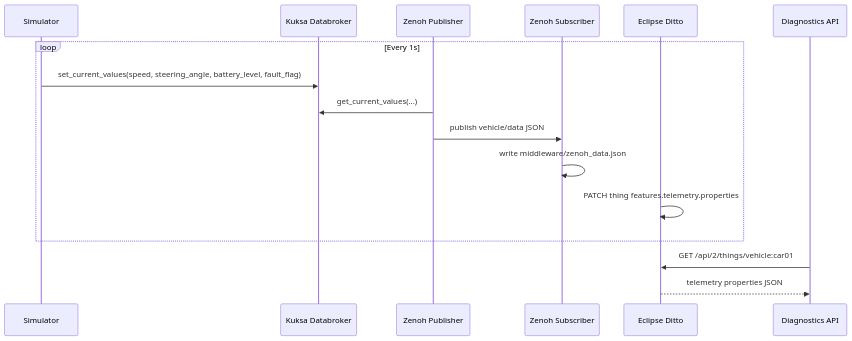
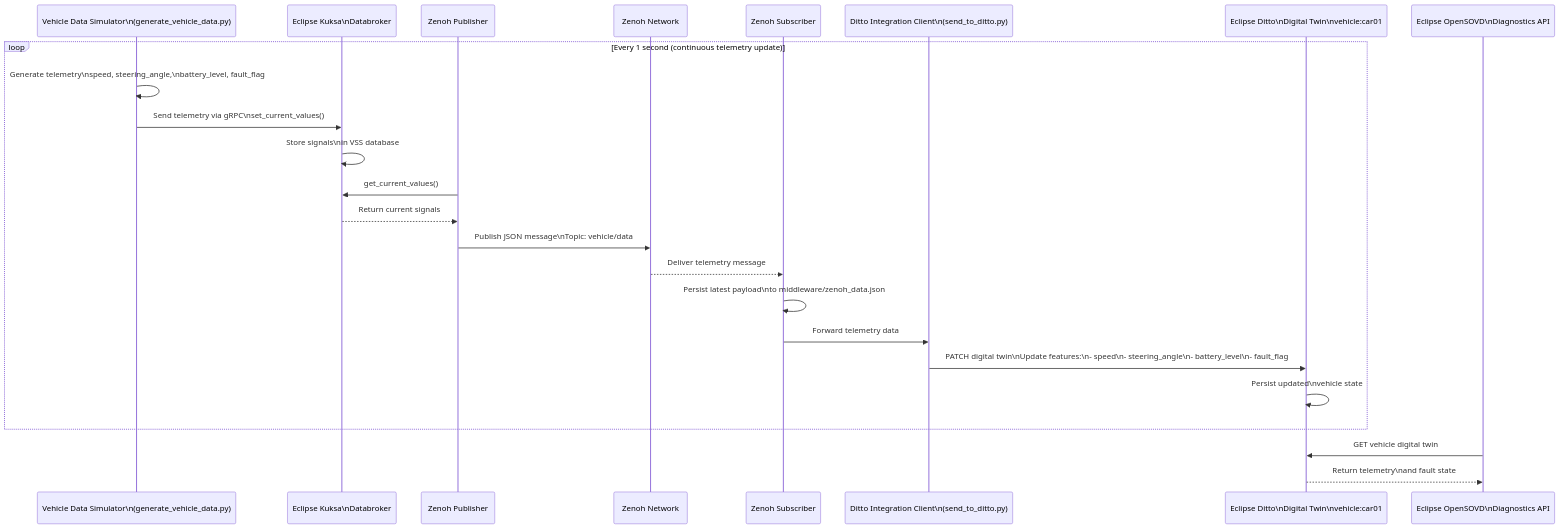
Before and after one commit to aliza-rizwan/sdv-pipeline: the second of 2 diagrams in README.md, drawn with Mermaid. The commit also changed other lines of this file, not shown here.

````diff
--- a/README.md
+++ b/README.md
@@ -49,20 +81,28 @@
 ```mermaid
 sequenceDiagram
-	participant Sim as Simulator
-	participant Kuksa as Kuksa Databroker
+	participant Sim as Vehicle Data Simulator\n(generate_vehicle_data.py)
+	participant Kuksa as Eclipse Kuksa\nDatabroker
 	participant Pub as Zenoh Publisher
+	participant Net as Zenoh Network
 	participant Sub as Zenoh Subscriber
-	participant Ditto as Eclipse Ditto
-	participant API as Diagnostics API
+	participant Client as Ditto Integration Client\n(send_to_ditto.py)
+	participant Twin as Eclipse Ditto\nDigital Twin\nvehicle:car01
+	participant API as Eclipse OpenSOVD\nDiagnostics API
 
-	loop Every 1s
-		Sim->>Kuksa: set_current_values(speed, steering_angle, battery_level, fault_flag)
-		Pub->>Kuksa: get_current_values(...)
-		Pub->>Sub: publish vehicle/data JSON
-		Sub->>Sub: write middleware/zenoh_data.json
-		Ditto->>Ditto: PATCH thing features.telemetry.properties
+	loop Every 1 second (continuous telemetry update)
+		Sim->>Sim: Generate telemetry\nspeed, steering_angle,\nbattery_level, fault_flag
+		Sim->>Kuksa: Send telemetry via gRPC\nset_current_values()
+		Kuksa->>Kuksa: Store signals\nin VSS database
+		Pub->>Kuksa: get_current_values()
+		Kuksa-->>Pub: Return current signals
+		Pub->>Net: Publish JSON message\nTopic: vehicle/data
+		Net-->>Sub: Deliver telemetry message
+		Sub->>Sub: Persist latest payload\nto middleware/zenoh_data.json
+		Sub->>Client: Forward telemetry data
+		Client->>Twin: PATCH digital twin\nUpdate features:\n- speed\n- steering_angle\n- battery_level\n- fault_flag
+		Twin->>Twin: Persist updated\nvehicle state
 	end
 
-	API->>Ditto: GET /api/2/things/vehicle:car01
-	Ditto-->>API: telemetry properties JSON
+	API->>Twin: GET vehicle digital twin
+	Twin-->>API: Return telemetry\nand fault state
 ```
````
